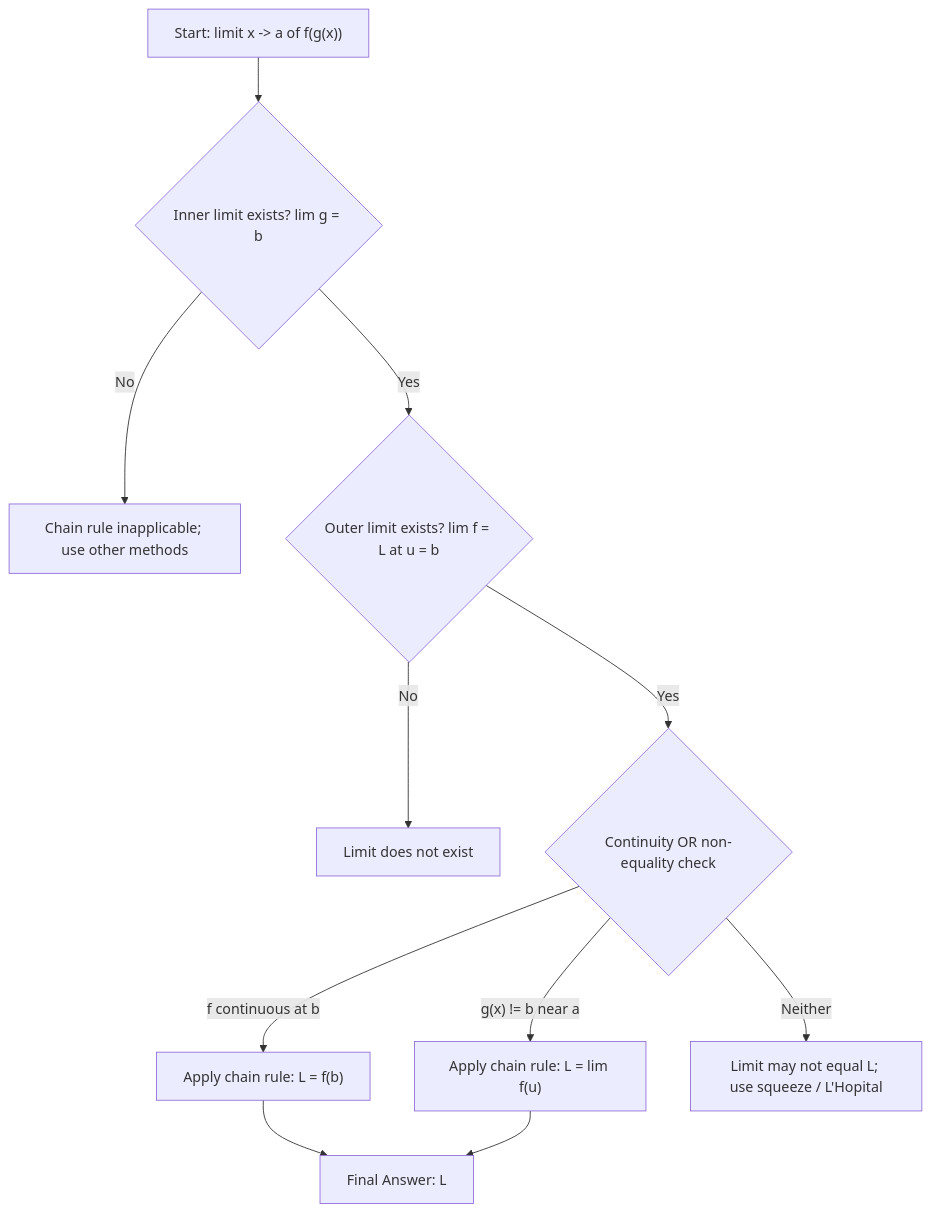
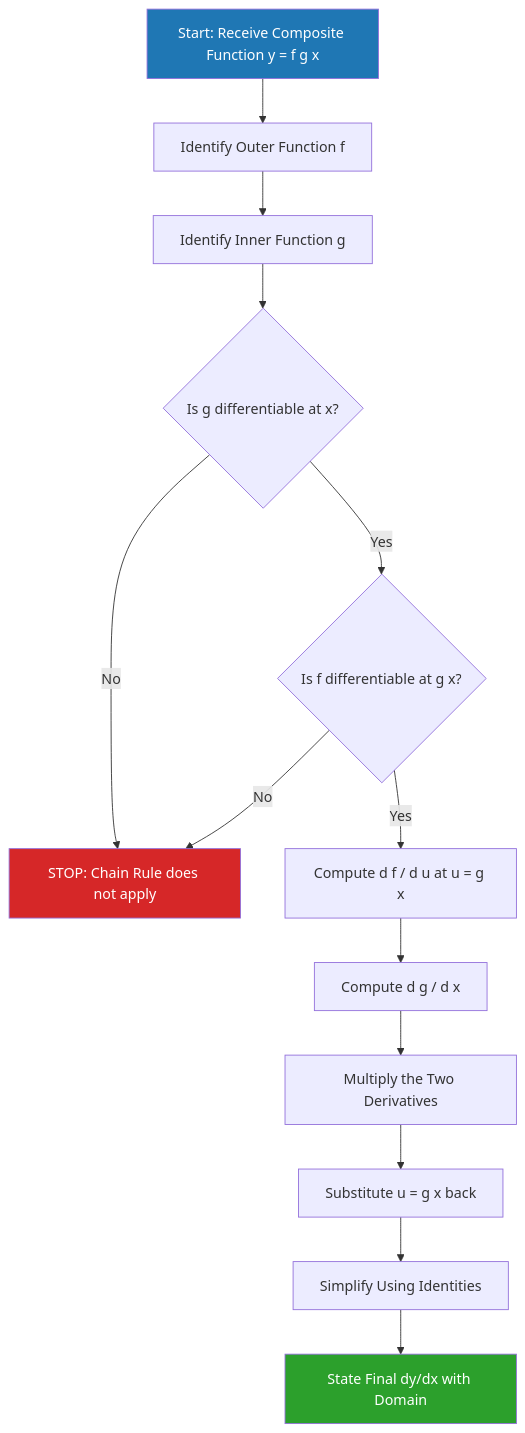
One commit to vishnuu-kr/ktunode changed the first of 2 diagrams in public/notes/computer-science-and-engineering/semester-1/gamat101-mathematics-for-information-science-1/01-module-1-limits-of-function-values/chain-rule/notes.md. Above: the diagram before and after it, drawn with Mermaid. The commit also changed other lines of this file and 4829 other files, not shown here.

````diff
--- a/public/notes/computer-science-and-engineering/semester-1/gamat101-mathematics-for-information-science-1/01-module-1-limits-of-function-values/chain-rule/notes.md
+++ b/public/notes/computer-science-and-engineering/semester-1/gamat101-mathematics-for-information-science-1/01-module-1-limits-of-function-values/chain-rule/notes.md
@@ -278,13 +313,19 @@
 ```mermaid
 flowchart TD
-    A["Start: limit x -> a of f(g(x))"] --> B{"Inner limit exists? lim g = b"}
-    B -- "No" --> Z1["Chain rule inapplicable; use other methods"]
-    B -- "Yes" --> C{"Outer limit exists? lim f = L at u = b"}
-    C -- "No" --> Z2["Limit does not exist"]
-    C -- "Yes" --> D{"Continuity OR non-equality check"}
-    D -- "f continuous at b" --> E["Apply chain rule: L = f(b)"]
-    D -- "g(x) != b near a" --> F["Apply chain rule: L = lim f(u)"]
-    D -- "Neither" --> Z3["Limit may not equal L; use squeeze / L'Hopital"]
-    E --> G["Final Answer: L"]
-    F --> G
+    A[Start: Receive Composite Function y = f g x] --> B[Identify Outer Function f]
+    B --> C[Identify Inner Function g]
+    C --> D{Is g differentiable at x?}
+    D -- No --> E[STOP: Chain Rule does not apply]
+    D -- Yes --> F{Is f differentiable at g x?}
+    F -- No --> E
+    F -- Yes --> G[Compute d f / d u at u = g x]
+    G --> H[Compute d g / d x]
+    H --> I[Multiply the Two Derivatives]
+    I --> J[Substitute u = g x back]
+    J --> K[Simplify Using Identities]
+    K --> L[State Final dy/dx with Domain]
+
+    style A fill:#1f77b4,color:#ffffff
+    style E fill:#d62728,color:#ffffff
+    style L fill:#2ca02c,color:#ffffff
 ```
````
